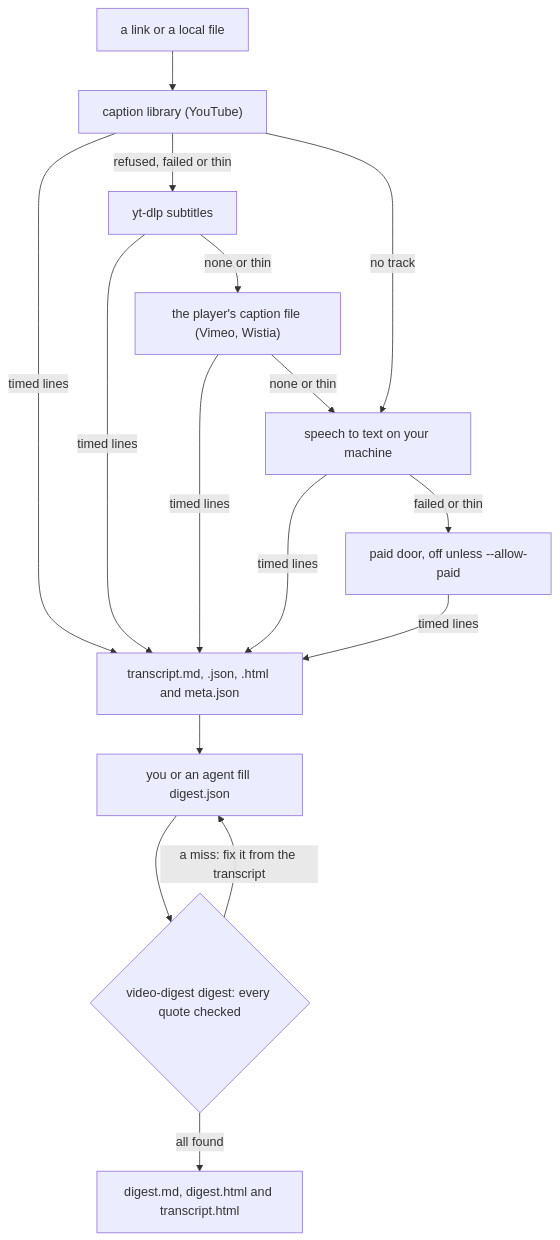
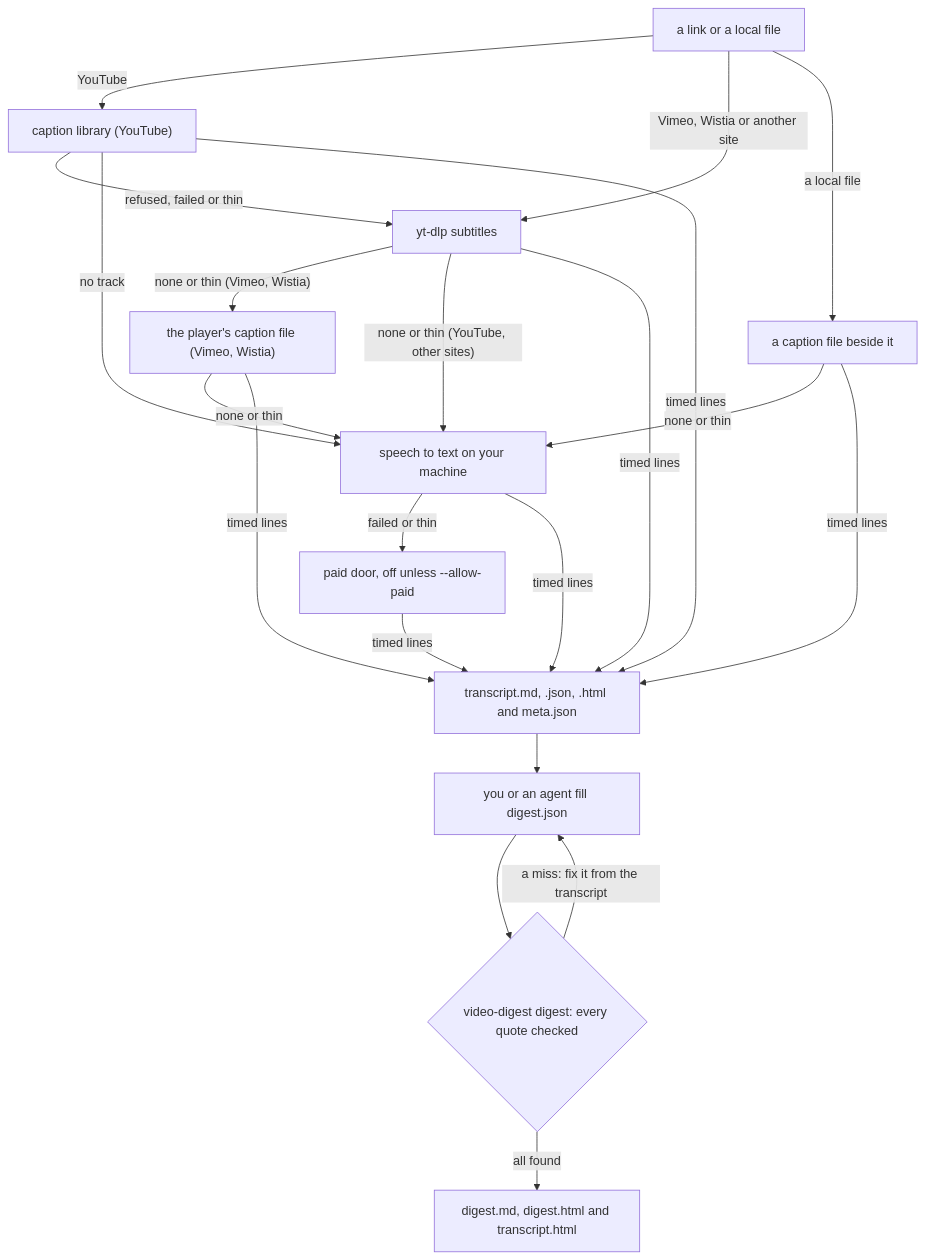
The diagram in README.md (RobBrautigam/video-digest), drawn with Mermaid before and after one commit. The commit also changed 2 other files, not shown here.

Commit message:
docs: the door flowchart's start edges, the skill's check list, tmp/
- README flowchart: each kind of source starts at its own first door,
  and a local file's caption file beside it is drawn
- SKILL.md: a thin note can come from speech to text too; the check's
  full list of problems; the 6.5 and 13 times figures each carry their
  own qualifier
- .gitignore: tmp/

````diff
--- a/README.md
+++ b/README.md
@@ -128,14 +128,19 @@
 ```mermaid
 flowchart TD
-    S["a link or a local file"] --> Y["caption library (YouTube)"]
+    S["a link or a local file"] -->|"YouTube"| Y["caption library (YouTube)"]
+    S -->|"Vimeo, Wistia or another site"| D["yt-dlp subtitles"]
+    S -->|"a local file"| F["a caption file beside it"]
     Y -->|"refused, failed or thin"| D["yt-dlp subtitles"]
-    D -->|"none or thin"| P["the player's caption file (Vimeo, Wistia)"]
+    D -->|"none or thin (Vimeo, Wistia)"| P["the player's caption file (Vimeo, Wistia)"]
+    D -->|"none or thin (YouTube, other sites)"| W
+    F -->|"none or thin"| W
+    F -->|"timed lines"| T
     P -->|"none or thin"| W["speech to text on your machine"]
     Y -->|"no track"| W
     W -->|"failed or thin"| X["paid door, off unless --allow-paid"]
     Y & D & P & W & X -->|"timed lines"| T["transcript.md, .json, .html and meta.json"]
     T --> G["you or an agent fill digest.json"]
     G --> C{"video-digest digest: every quote checked"}
     C -->|"a miss: fix it from the transcript"| G
     C -->|"all found"| H["digest.md, digest.html and transcript.html"]
 ```
````
